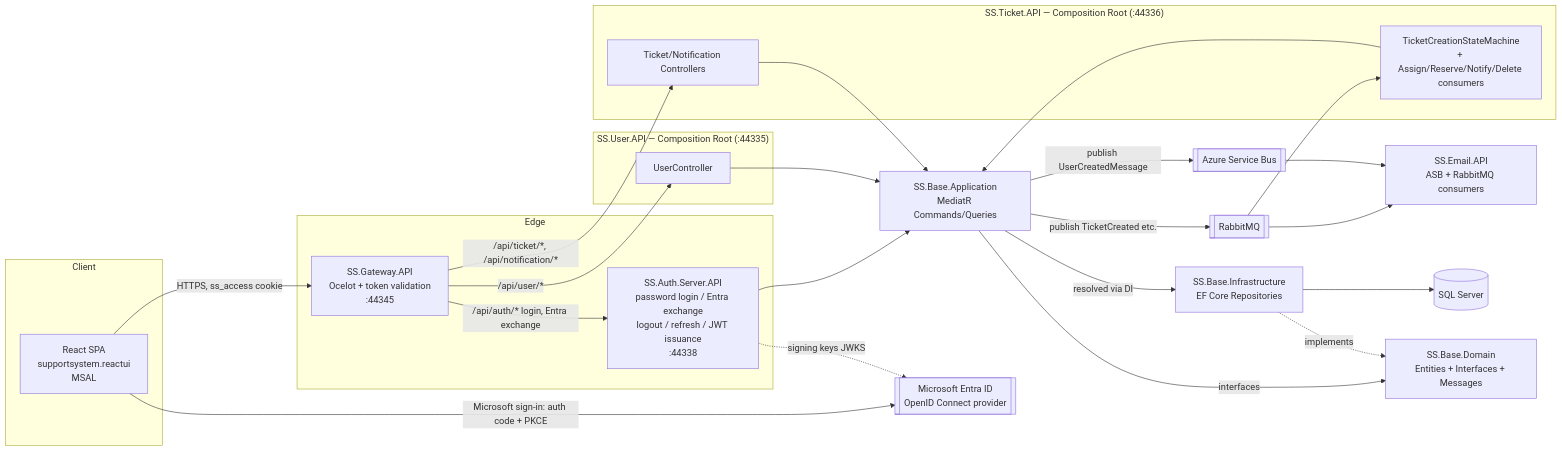
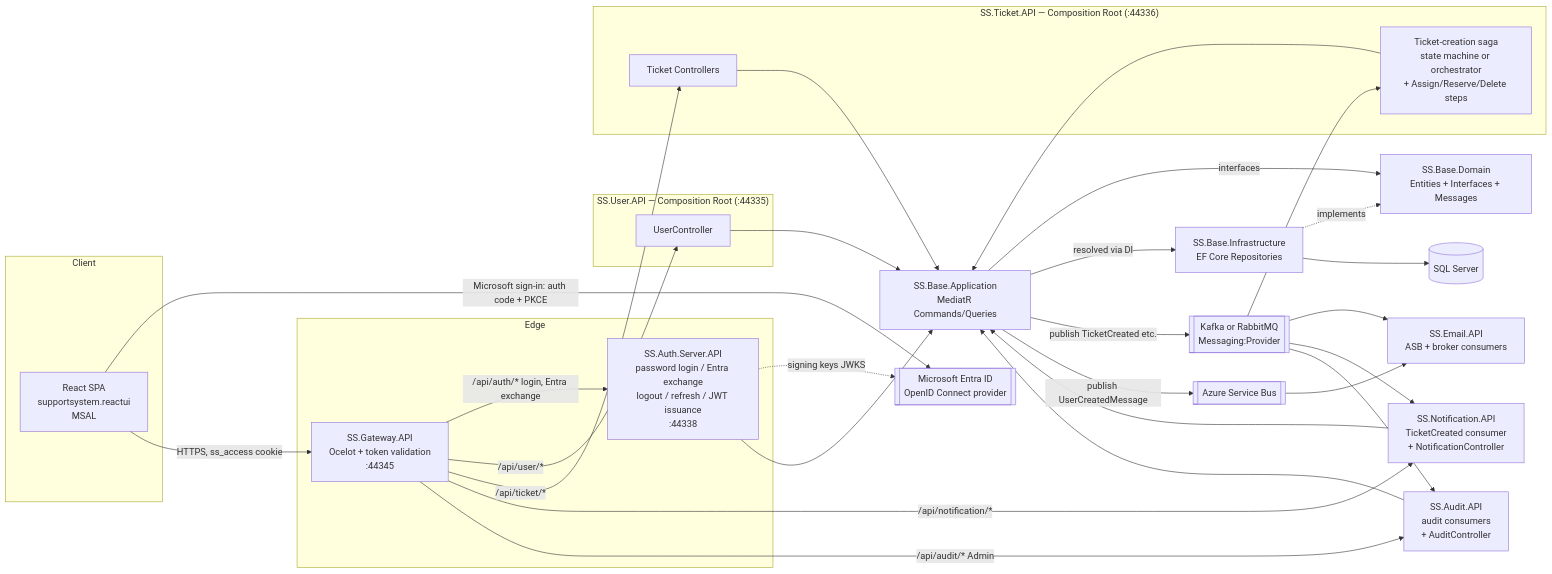
Before and after one commit to narendransekar7/Support: the first of 2 diagrams in SupportSystemManagement/SupportSystem/ARCHITECTURE.md, drawn with Mermaid. The commit also changed other lines of this file and 99 other files, not shown here.

First line of the commit message:
Carry ticket messages on Kafka behind a broker switch

````diff
--- a/SupportSystemManagement/SupportSystem/ARCHITECTURE.md
+++ b/SupportSystemManagement/SupportSystem/ARCHITECTURE.md
@@ -23,51 +26,60 @@
 ```mermaid
 flowchart LR
     subgraph Client
         UI[React SPA<br/>supportsystem.reactui<br/>MSAL]
     end
 
     ENTRA[[Microsoft Entra ID<br/>OpenID Connect provider]]
 
     subgraph Edge
         GW[SS.Gateway.API<br/>Ocelot + token validation<br/>:44345]
         AUTH[SS.Auth.Server.API<br/>password login / Entra exchange<br/>logout / refresh / JWT issuance<br/>:44338]
     end
 
     subgraph UserCore["SS.User.API — Composition Root (:44335)"]
         UAPI[UserController]
     end
 
     subgraph TicketCore["SS.Ticket.API — Composition Root (:44336)"]
-        TAPI[Ticket/Notification Controllers]
-        SAGA[TicketCreationStateMachine<br/>+ Assign/Reserve/Notify/Delete consumers]
+        TAPI[Ticket Controllers]
+        SAGA[Ticket-creation saga<br/>state machine or orchestrator<br/>+ Assign/Reserve/Delete steps]
     end
+
+    NOTIF[SS.Notification.API<br/>TicketCreated consumer<br/>+ NotificationController]
+    AUDIT[SS.Audit.API<br/>audit consumers<br/>+ AuditController]
 
     APP[SS.Base.Application<br/>MediatR Commands/Queries]
     DOM[SS.Base.Domain<br/>Entities + Interfaces + Messages]
     INFRA[SS.Base.Infrastructure<br/>EF Core Repositories]
 
     DB[(SQL Server)]
     ASB[[Azure Service Bus]]
-    MQ[[RabbitMQ]]
-    EMAIL[SS.Email.API<br/>ASB + RabbitMQ consumers]
+    MQ[[Kafka or RabbitMQ<br/>Messaging:Provider]]
+    EMAIL[SS.Email.API<br/>ASB + broker consumers]
 
     UI -->|Microsoft sign-in: auth code + PKCE| ENTRA
     UI -->|HTTPS, ss_access cookie| GW
     AUTH -.signing keys JWKS.-> ENTRA
     GW -->|/api/auth/* login, Entra exchange| AUTH
     GW -->|/api/user/*| UAPI
-    GW -->|/api/ticket/*, /api/notification/*| TAPI
+    GW -->|/api/ticket/*| TAPI
+    GW -->|/api/notification/*| NOTIF
+    GW -->|/api/audit/* Admin| AUDIT
     AUTH --> APP
     UAPI --> APP
     TAPI --> APP
     SAGA --> APP
     APP -->|interfaces| DOM
     INFRA -.implements.-> DOM
     APP -->|resolved via DI| INFRA
     INFRA --> DB
     APP -->|publish TicketCreated etc.| MQ
     MQ --> SAGA
     MQ --> EMAIL
+    MQ --> NOTIF
+    MQ --> AUDIT
+    NOTIF --> APP
+    AUDIT --> APP
     APP -->|publish UserCreatedMessage| ASB
     ASB --> EMAIL
 ```
````
